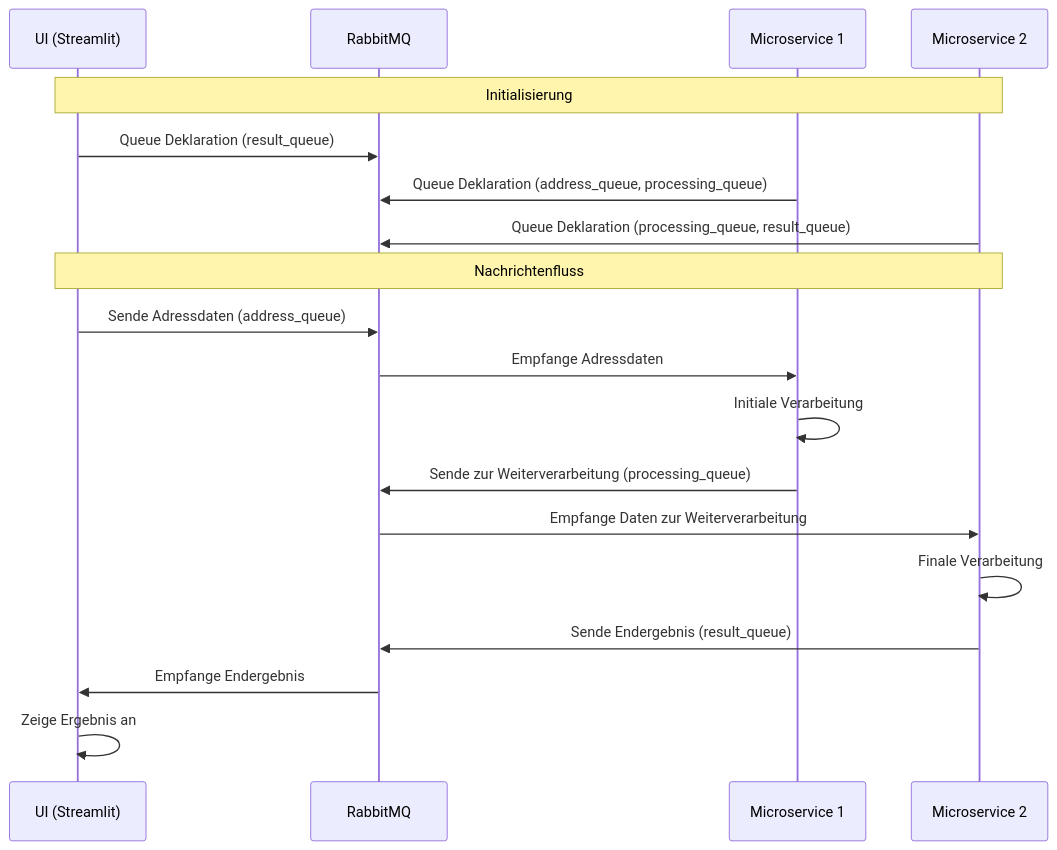
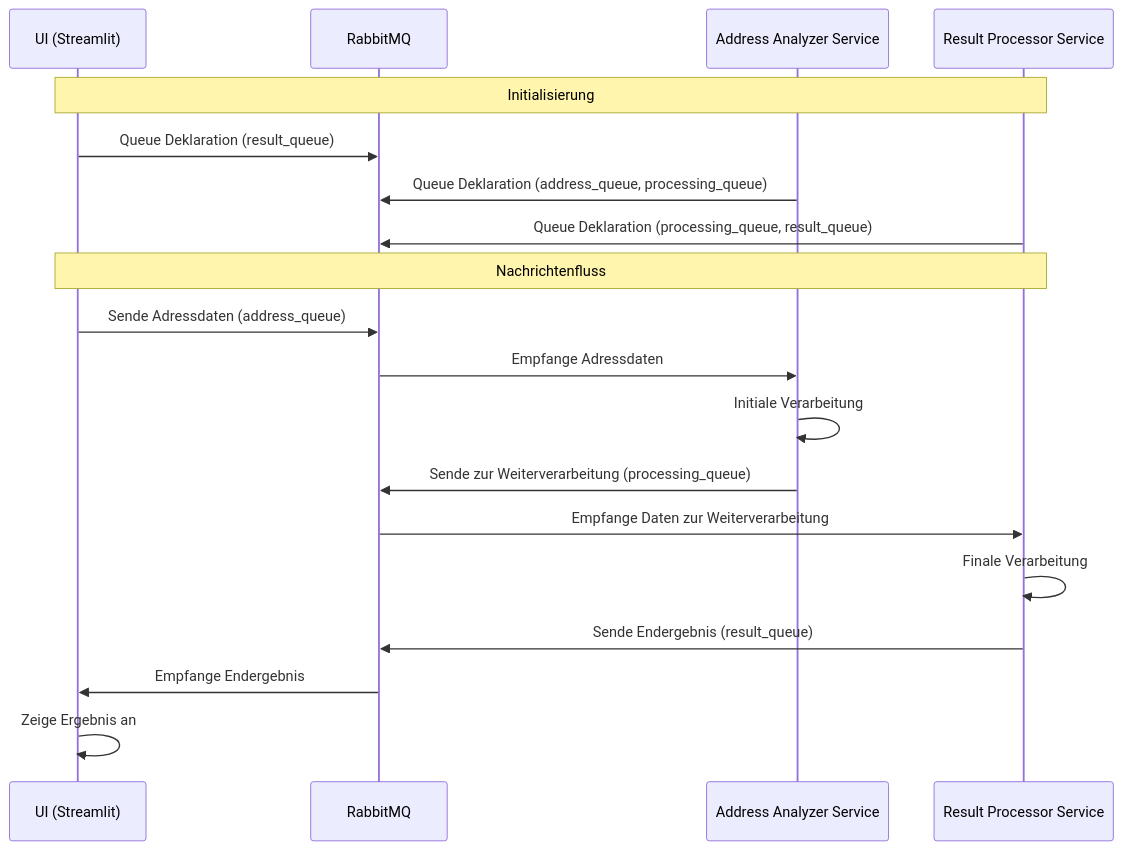
The diagram in doc/images/sequence-diagram.mermaid (dsenften/BiscuITs), drawn with Mermaid before and after one commit. The commit also changed 19 other files, not shown here.

```diff
--- a/doc/images/sequence-diagram.mermaid
+++ b/doc/images/sequence-diagram.mermaid
@@ -1,24 +1,24 @@
 sequenceDiagram
     participant U as UI (Streamlit)
     participant R as RabbitMQ
-    participant M1 as Microservice 1
-    participant M2 as Microservice 2
+    participant M1 as Address Analyzer Service
+    participant M2 as Result Processor Service
 
     Note over U,M2: Initialisierung
     U->>R: Queue Deklaration (result_queue)
     M1->>R: Queue Deklaration (address_queue, processing_queue)
     M2->>R: Queue Deklaration (processing_queue, result_queue)
 
     Note over U,M2: Nachrichtenfluss
     U->>R: Sende Adressdaten (address_queue)
     R->>M1: Empfange Adressdaten
 
     M1->>M1: Initiale Verarbeitung
     M1->>R: Sende zur Weiterverarbeitung (processing_queue)
 
     R->>M2: Empfange Daten zur Weiterverarbeitung
     M2->>M2: Finale Verarbeitung
     M2->>R: Sende Endergebnis (result_queue)
 
     R->>U: Empfange Endergebnis
     U->>U: Zeige Ergebnis an
```
